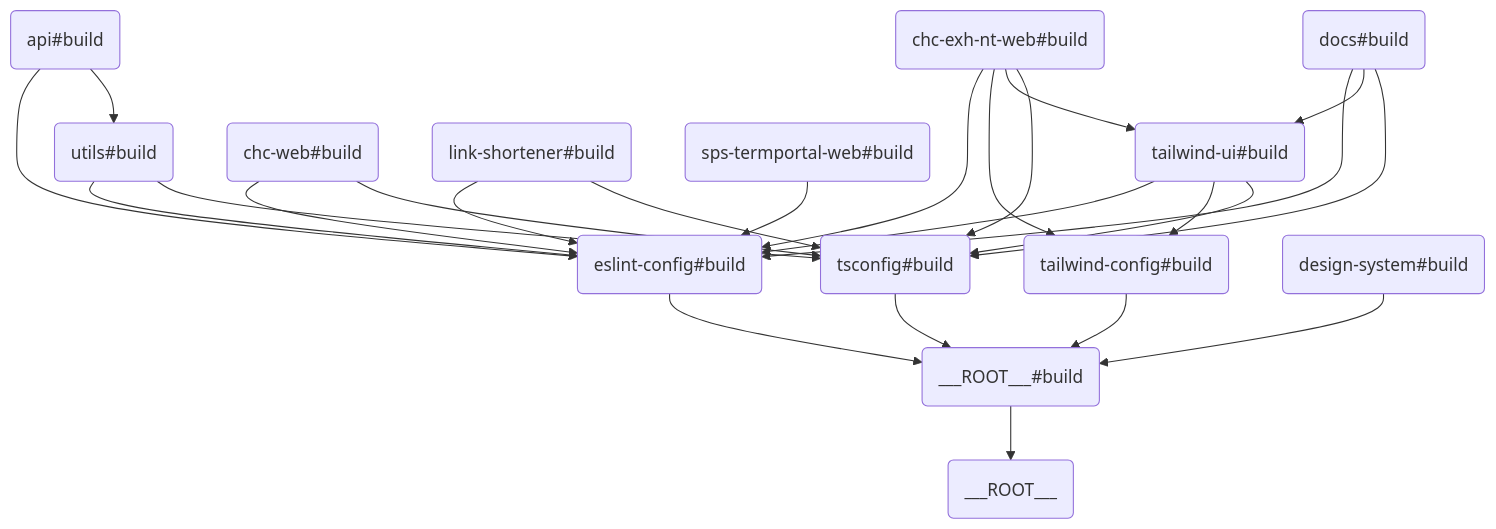
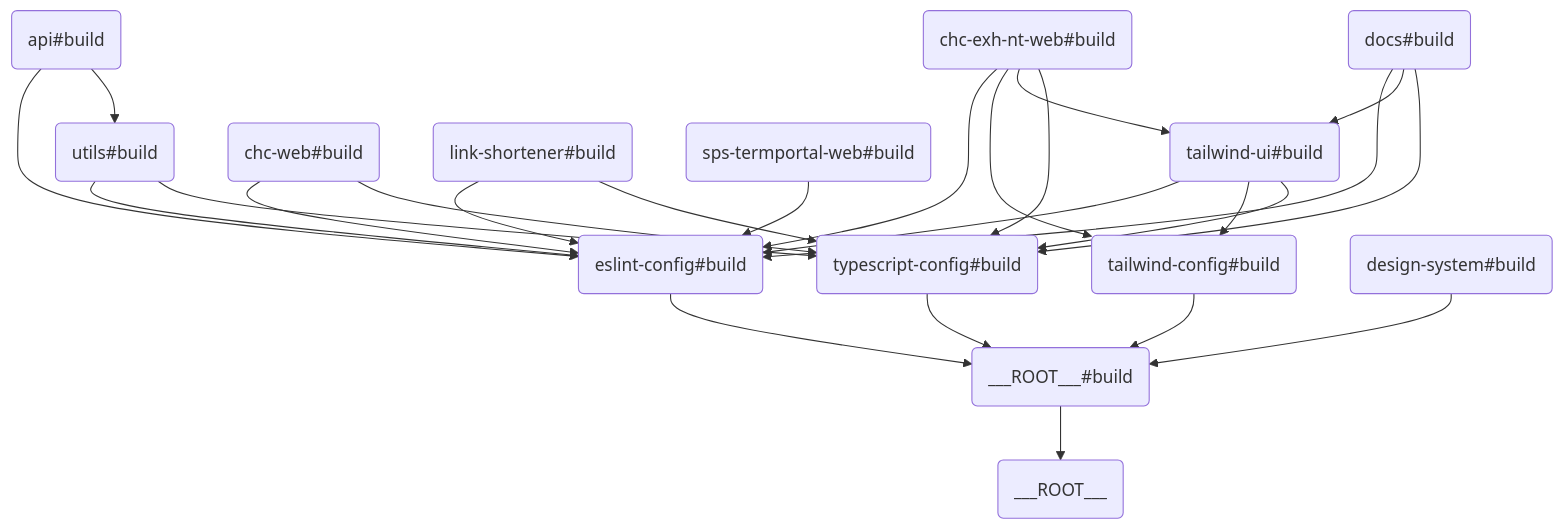
Before and after one commit to uib-ub/uib-ub-monorepo: the second of 2 diagrams in apps/docs/src/content/en/developers/monorepo.mdx, drawn with Mermaid. The commit also changed 26 other files, not shown here.

Commit message:
Update TypeScript to version 5.9.2 across multiple packages and rename shared tsconfig to typescript-config for consistency. This includes updates in package.json and package-lock.json files, ensuring all applications utilize the latest TypeScript features and configurations.

````diff
--- a/apps/docs/src/content/en/developers/monorepo.mdx
+++ b/apps/docs/src/content/en/developers/monorepo.mdx
@@ -123,27 +123,27 @@
 ```mermaid
 graph TD
 	CXTX("___ROOT___#build") --> MKUC("___ROOT___")
 	XPYH("api#build") --> TLTN("eslint-config#build")
 	XPYH("api#build") --> LGSI("utils#build")
 	CGWW("chc-exh-nt-web#build") --> TLTN("eslint-config#build")
 	CGWW("chc-exh-nt-web#build") --> AHYC("tailwind-config#build")
 	CGWW("chc-exh-nt-web#build") --> FPMW("tailwind-ui#build")
-	CGWW("chc-exh-nt-web#build") --> YQKY("tsconfig#build")
+	CGWW("chc-exh-nt-web#build") --> YQKY("typescript-config#build")
 	STSI("chc-web#build") --> TLTN("eslint-config#build")
-	STSI("chc-web#build") --> YQKY("tsconfig#build")
+	STSI("chc-web#build") --> YQKY("typescript-config#build")
 	MDNO("design-system#build") --> CXTX("___ROOT___#build")
 	FNHG("docs#build") --> TLTN("eslint-config#build")
 	FNHG("docs#build") --> FPMW("tailwind-ui#build")
-	FNHG("docs#build") --> YQKY("tsconfig#build")
+	FNHG("docs#build") --> YQKY("typescript-config#build")
 	TLTN("eslint-config#build") --> CXTX("___ROOT___#build")
 	BFCM("link-shortener#build") --> TLTN("eslint-config#build")
-	BFCM("link-shortener#build") --> YQKY("tsconfig#build")
+	BFCM("link-shortener#build") --> YQKY("typescript-config#build")
 	IGME("sps-termportal-web#build") --> TLTN("eslint-config#build")
 	AHYC("tailwind-config#build") --> CXTX("___ROOT___#build")
 	FPMW("tailwind-ui#build") --> TLTN("eslint-config#build")
 	FPMW("tailwind-ui#build") --> AHYC("tailwind-config#build")
-	FPMW("tailwind-ui#build") --> YQKY("tsconfig#build")
-	YQKY("tsconfig#build") --> CXTX("___ROOT___#build")
+	FPMW("tailwind-ui#build") --> YQKY("typescript-config#build")
+	YQKY("typescript-config#build") --> CXTX("___ROOT___#build")
 	LGSI("utils#build") --> TLTN("eslint-config#build")
-	LGSI("utils#build") --> YQKY("tsconfig#build")
+	LGSI("utils#build") --> YQKY("typescript-config#build")
 ```
````
